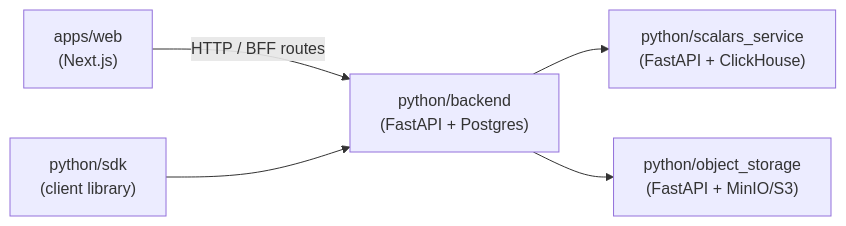
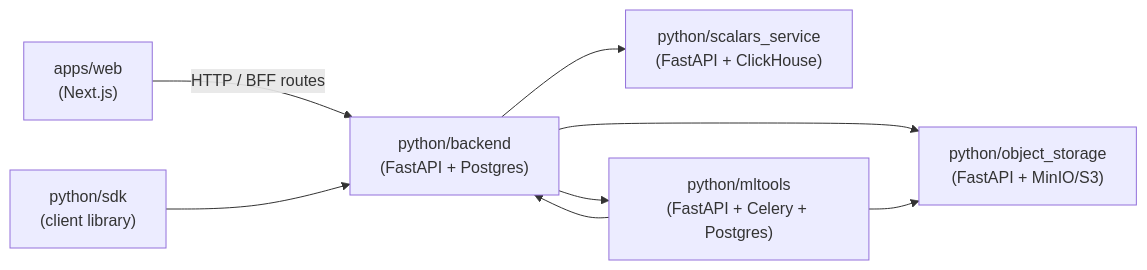
The first of 3 diagrams in AGENTS.md (MalchuL/experiment_tracker), drawn with Mermaid before and after one commit. The commit also changed other lines of this file and 65 other files, not shown here.

````diff
--- a/AGENTS.md
+++ b/AGENTS.md
@@ -9,13 +9,17 @@
 ```mermaid
 flowchart LR
   Web["apps/web\n(Next.js)"]
   API["python/backend\n(FastAPI + Postgres)"]
   Scalars["python/scalars_service\n(FastAPI + ClickHouse)"]
   Blobs["python/object_storage\n(FastAPI + MinIO/S3)"]
+  MLTools["python/mltools\n(FastAPI + Celery + Postgres)"]
   SDK["python/sdk\n(client library)"]
 
   Web -->|"HTTP / BFF routes"| API
   API --> Scalars
   API --> Blobs
+  API --> MLTools
+  MLTools --> API
+  MLTools --> Blobs
   SDK --> API
 ```
````
